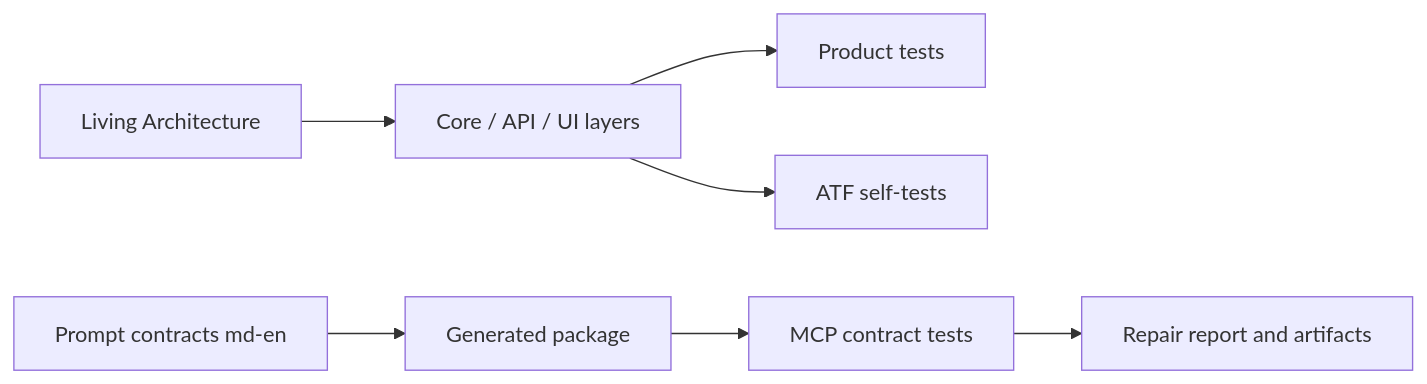
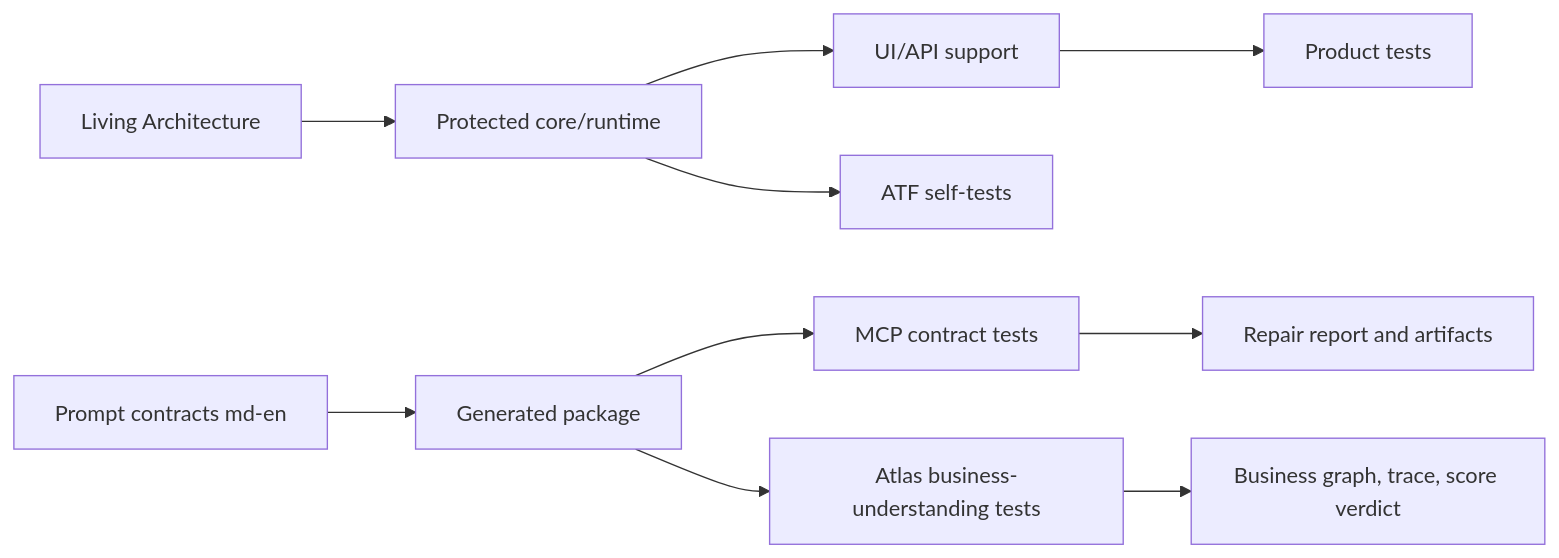
The first of 6 diagrams in README.md (crististefanita/ATF_AI), drawn with Mermaid before and after one commit. The commit also changed other lines of this file and 864 other files, not shown here.

````diff
--- a/README.md
+++ b/README.md
@@ -162,9 +246,12 @@
 ```mermaid
 flowchart LR
-    Architecture["Living Architecture"] --> Core["Core / API / UI layers"]
-    Core --> ProductTests["Product tests"]
+    Architecture["Living Architecture"] --> Core["Protected core/runtime"]
+    Core --> Support["UI/API support"]
+    Support --> ProductTests["Product tests"]
     Core --> FrameworkTests["ATF self-tests"]
     Prompts["Prompt contracts md-en"] --> GeneratedPackage["Generated package"]
     GeneratedPackage --> MCP["MCP contract tests"]
     MCP --> Report["Repair report and artifacts"]
+    GeneratedPackage --> Atlas["Atlas business-understanding tests"]
+    Atlas --> BusinessVerdict["Business graph, trace, score verdict"]
 ```
````
